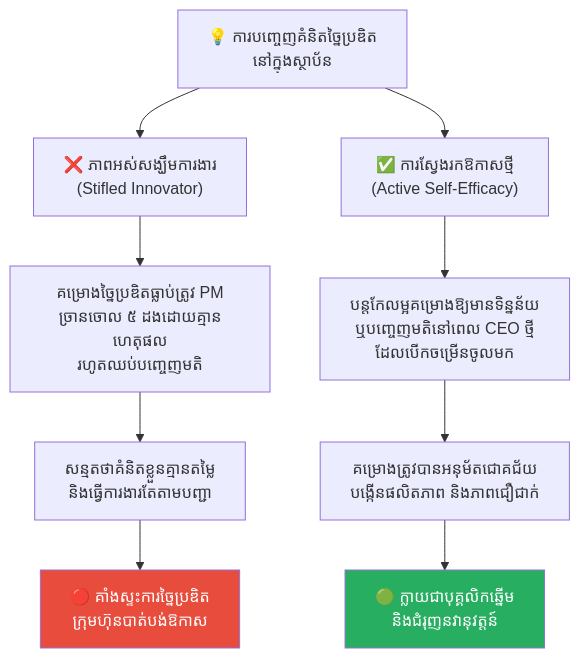
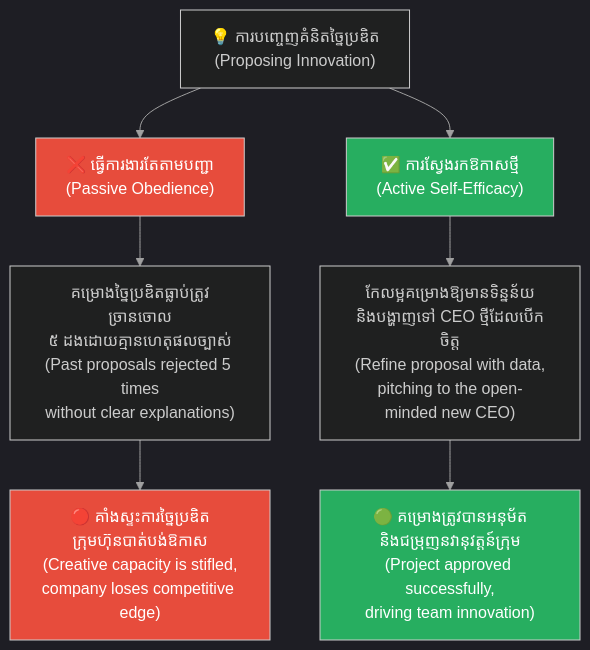
The third of 5 diagrams in feeds/concepts/articles/08-learned-helplessness.md (GuideStack/iblogger-feeds), drawn with Mermaid before and after one commit. The commit also changed other lines of this file, not shown here.

Commit message:
docs: upgrade 08-learned-helplessness.md to bilingual layout and styled diagrams

````diff
--- a/feeds/concepts/articles/08-learned-helplessness.md
+++ b/feeds/concepts/articles/08-learned-helplessness.md
@@ -120,16 +191,25 @@
 ```mermaid
+%%{init: {
+  'theme': 'dark',
+  'themeVariables': {
+    'background': '#1e1e1e',
+    'primaryTextColor': '#ffffff',
+    'lineColor': '#a0a0a0'
+  },
+  'themeCSS': 'svg { background-color: #1e1e1e !important; padding: 1rem !important; border-radius: 8px !important; } .edgeLabel rect { fill: #1e1e1e !important; } text, tspan { fill: #ffffff !important; }'
+}}%%
 graph TD
-    A["💡 ការបញ្ចេញគំនិតច្នៃប្រឌិត<br/>នៅក្នុងស្ថាប័ន"] --> B1["❌ ភាពអស់សង្ឃឹមការងារ<br/>(Stifled Innovator)"]
+    A["💡 ការបញ្ចេញគំនិតច្នៃប្រឌិត<br/>(Proposing Innovation)"] --> B1["❌ ធ្វើការងារតែតាមបញ្ជា<br/>(Passive Obedience)"]
     A --> B2["✅ ការស្វែងរកឱកាសថ្មី<br/>(Active Self-Efficacy)"]
-    
-    B1 --> C1["គម្រោងច្នៃប្រឌិតធ្លាប់ត្រូវ PM<br/>ច្រានចោល ៥ ដងដោយគ្មានហេតុផល<br/>រហូតឈប់បញ្ចេញមតិ"]
-    C1 --> D1["សន្មតថាគំនិតខ្លួនគ្មានតម្លៃ<br/>និងធ្វើការងារតែតាមបញ្ជា"]
-    D1 --> E1["🔴 គាំងស្ទះការច្នៃប្រឌិត<br/>ក្រុមហ៊ុនបាត់បង់ឱកាស"]
-    
-    B2 --> C2["បន្តកែលម្អគម្រោងឱ្យមានទិន្នន័យ<br/>ឬបញ្ចេញមតិនៅពេល CEO ថ្មី<br/>ដែលបើកចម្រើនចូលមក"]
-    C2 --> D2["គម្រោងត្រូវបានអនុម័តជោគជ័យ<br/>បង្កើនផលិតភាព និងភាពជឿជាក់"]
-    D2 --> E2["🟢 ក្លាយជាបុគ្គលិកឆ្នើម<br/>និងជំរុញនវានុវត្តន៍"]
 
-    style E1 fill:#e74c3c,color:#fff
-    style E2 fill:#27ae60,color:#fff
+    B1 --> C1["គម្រោងច្នៃប្រឌិតធ្លាប់ត្រូវច្រានចោល<br/>៥ ដងដោយគ្មានហេតុផលច្បាស់<br/>(Past proposals rejected 5 times<br/>without clear explanations)"]
+    C1 --> D1["🔴 គាំងស្ទះការច្នៃប្រឌិត<br/>ក្រុមហ៊ុនបាត់បង់ឱកាស<br/>(Creative capacity is stifled,<br/>company loses competitive edge)"]
+
+    B2 --> C2["កែលម្អគម្រោងឱ្យមានទិន្នន័យ<br/>និងបង្ហាញទៅ CEO ថ្មីដែលបើកចិត្ត<br/>(Refine proposal with data,<br/>pitching to the open-minded new CEO)"]
+    C2 --> D2["🟢 គម្រោងត្រូវបានអនុម័ត<br/>និងជម្រុញនវានុវត្តន៍ក្រុម<br/>(Project approved successfully,<br/>driving team innovation)"]
+
+    style B1 fill:#e74c3c,color:#fff
+    style B2 fill:#27ae60,color:#fff
+    style D1 fill:#e74c3c,color:#fff
+    style D2 fill:#27ae60,color:#fff
 ```
````
